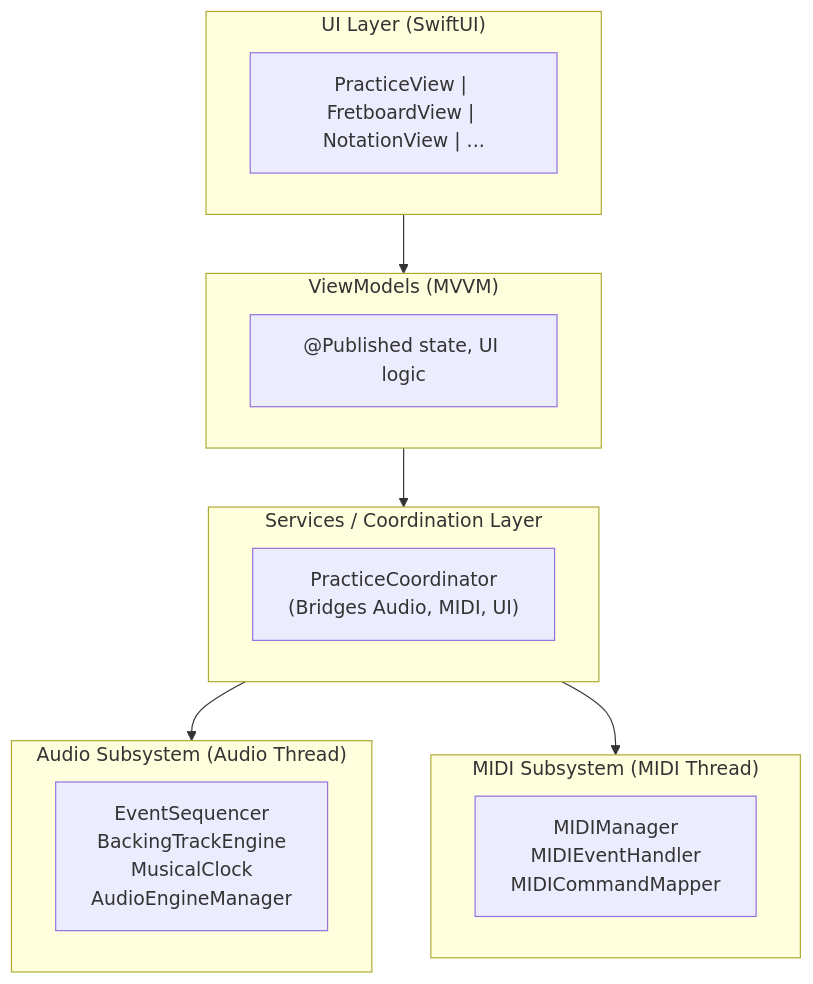
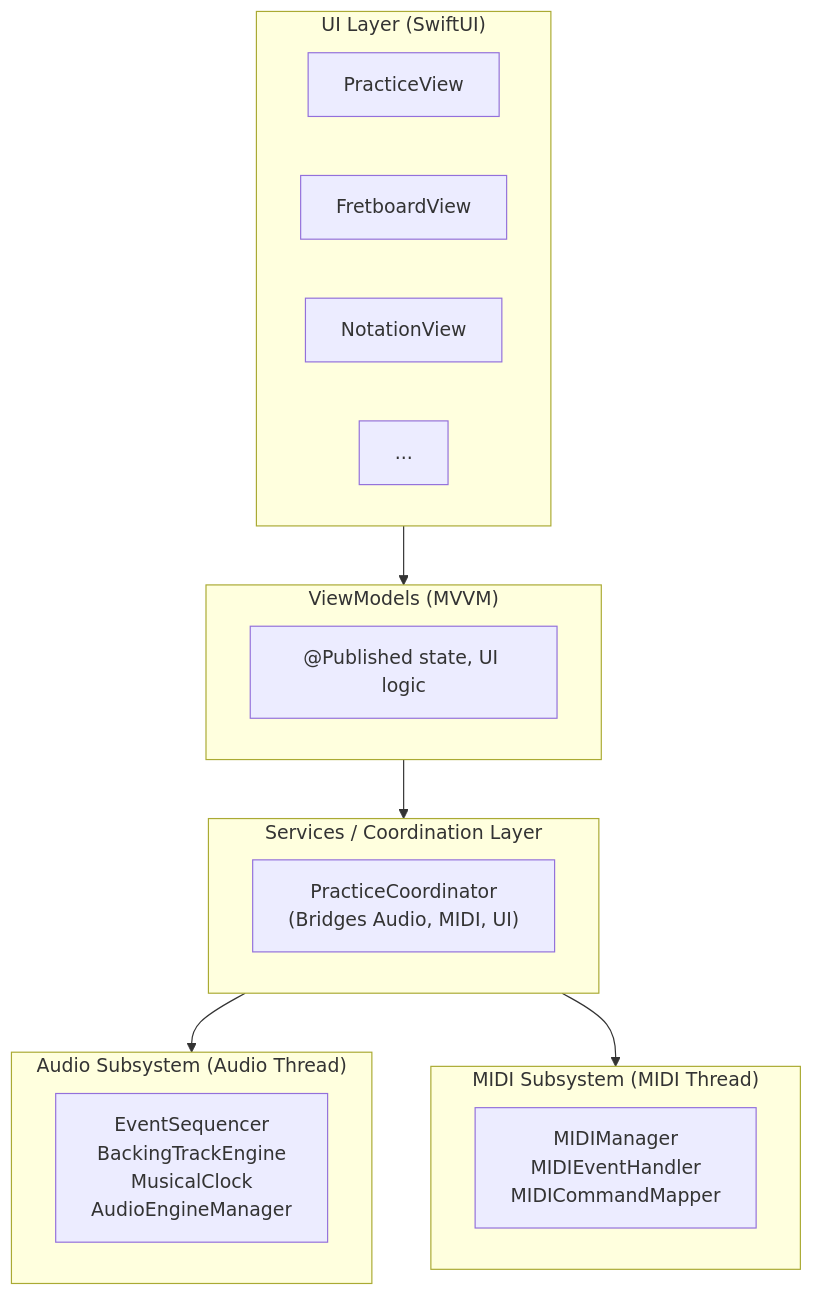
The first of 6 diagrams in docs/architecture/architecture-overview.md (nikolai-katkov/sergeant-music), drawn with Mermaid before and after one commit. The commit also changed other lines of this file, not shown here.

First line of the commit message:
Fix Mermaid diagram bugs: split combined nodes properly

````diff
--- a/docs/architecture/architecture-overview.md
+++ b/docs/architecture/architecture-overview.md
@@ -9,27 +9,30 @@
 ```mermaid
 flowchart TB
     subgraph UI["UI Layer (SwiftUI)"]
-        Views["PracticeView | FretboardView | NotationView | ..."]
+        PracticeV[PracticeView]
+        FretboardV[FretboardView]
+        NotationV[NotationView]
+        OtherV[...]
     end
 
     subgraph VM["ViewModels (MVVM)"]
         State["@Published state, UI logic"]
     end
 
     subgraph Services["Services / Coordination Layer"]
         Coord["PracticeCoordinator<br/>(Bridges Audio, MIDI, UI)"]
     end
 
     subgraph Audio["Audio Subsystem (Audio Thread)"]
         AudioComps["EventSequencer<br/>BackingTrackEngine<br/>MusicalClock<br/>AudioEngineManager"]
     end
 
     subgraph MIDI["MIDI Subsystem (MIDI Thread)"]
         MIDIComps["MIDIManager<br/>MIDIEventHandler<br/>MIDICommandMapper"]
     end
 
     UI --> VM
     VM --> Services
     Services --> Audio
     Services --> MIDI
 ```
````
